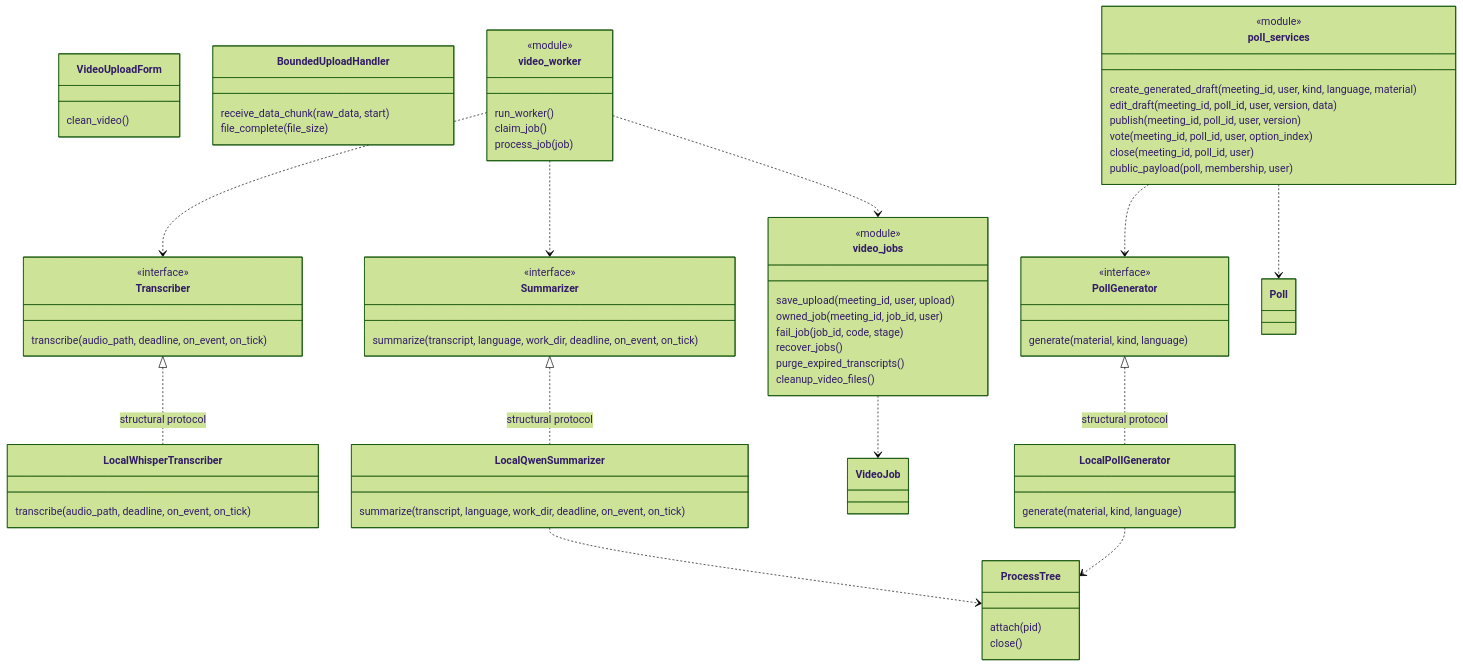
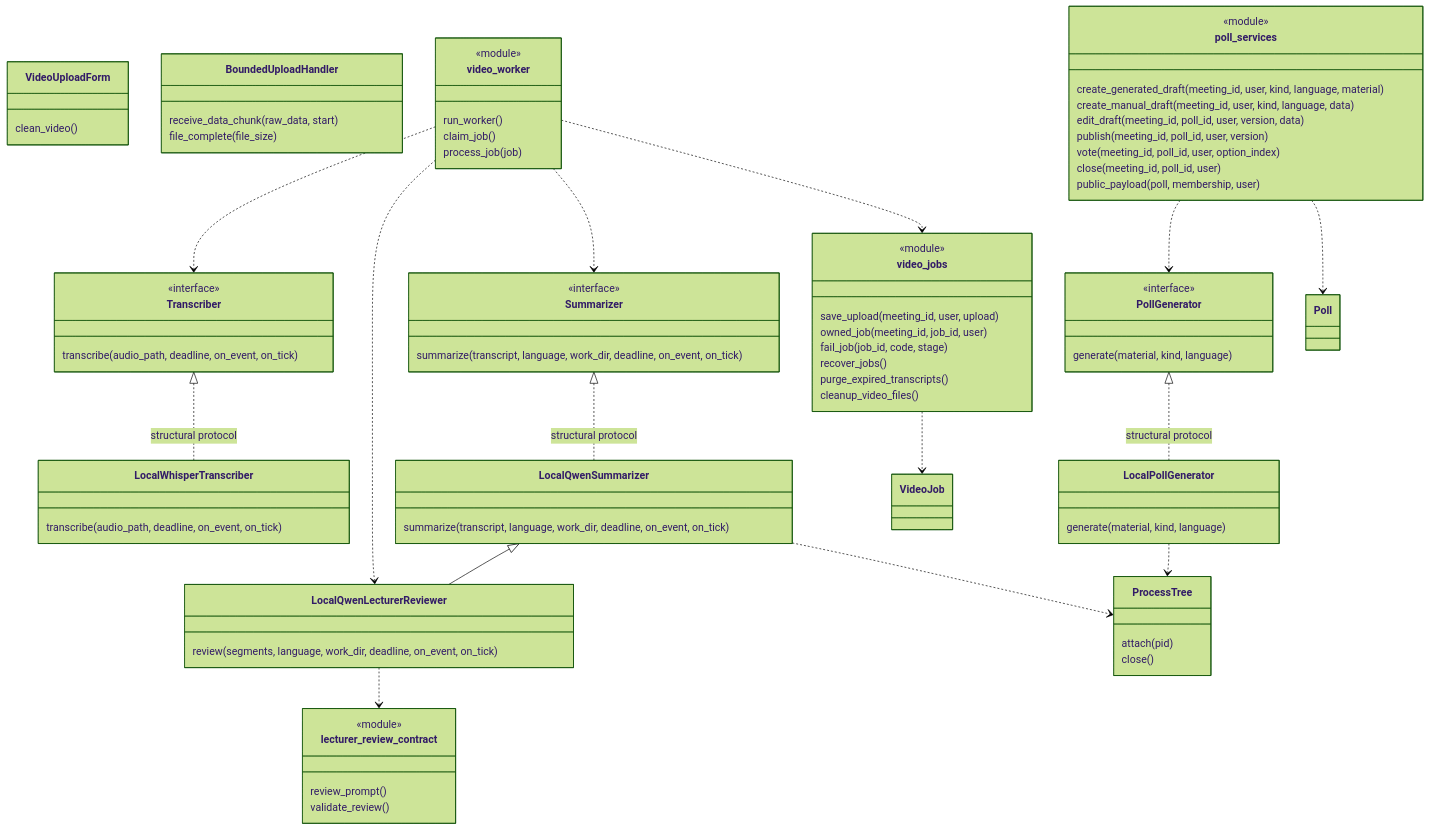
The second of 7 diagrams in docs/architecture.md (itavs/TeachingTool-Ex2), drawn with Mermaid (forest theme) before and after one commit. The commit also changed other lines of this file and 46 other files, not shown here.

````diff
--- a/docs/architecture.md
+++ b/docs/architecture.md
@@ -160,70 +163,82 @@
 ```mermaid
 classDiagram
     class Transcriber {
         <<interface>>
         transcribe(audio_path, deadline, on_event, on_tick)
     }
     class LocalWhisperTranscriber {
         transcribe(audio_path, deadline, on_event, on_tick)
     }
     class Summarizer {
         <<interface>>
         summarize(transcript, language, work_dir, deadline, on_event, on_tick)
     }
     class LocalQwenSummarizer {
         summarize(transcript, language, work_dir, deadline, on_event, on_tick)
+    }
+    class LocalQwenLecturerReviewer {
+        review(segments, language, work_dir, deadline, on_event, on_tick)
+    }
+    class lecturer_review_contract {
+        <<module>>
+        review_prompt()
+        validate_review()
     }
     class PollGenerator {
         <<interface>>
         generate(material, kind, language)
     }
     class LocalPollGenerator {
         generate(material, kind, language)
     }
     class ProcessTree {
         attach(pid)
         close()
     }
     class VideoUploadForm {
         clean_video()
     }
     class BoundedUploadHandler {
         receive_data_chunk(raw_data, start)
         file_complete(file_size)
     }
     class video_worker {
         <<module>>
         run_worker()
         claim_job()
         process_job(job)
     }
     class video_jobs {
         <<module>>
         save_upload(meeting_id, user, upload)
         owned_job(meeting_id, job_id, user)
         fail_job(job_id, code, stage)
         recover_jobs()
         purge_expired_transcripts()
         cleanup_video_files()
     }
     class poll_services {
         <<module>>
         create_generated_draft(meeting_id, user, kind, language, material)
+        create_manual_draft(meeting_id, user, kind, language, data)
         edit_draft(meeting_id, poll_id, user, version, data)
         publish(meeting_id, poll_id, user, version)
         vote(meeting_id, poll_id, user, option_index)
         close(meeting_id, poll_id, user)
         public_payload(poll, membership, user)
     }
     Transcriber <|.. LocalWhisperTranscriber : structural protocol
     Summarizer <|.. LocalQwenSummarizer : structural protocol
     PollGenerator <|.. LocalPollGenerator : structural protocol
     video_worker ..> Transcriber
+    LocalQwenSummarizer <|-- LocalQwenLecturerReviewer
+    LocalQwenLecturerReviewer ..> lecturer_review_contract
+    video_worker ..> LocalQwenLecturerReviewer
     video_worker ..> Summarizer
     video_worker ..> video_jobs
     video_jobs ..> VideoJob
     poll_services ..> PollGenerator
     poll_services ..> Poll
     LocalQwenSummarizer ..> ProcessTree
     LocalPollGenerator ..> ProcessTree
 ```
````
